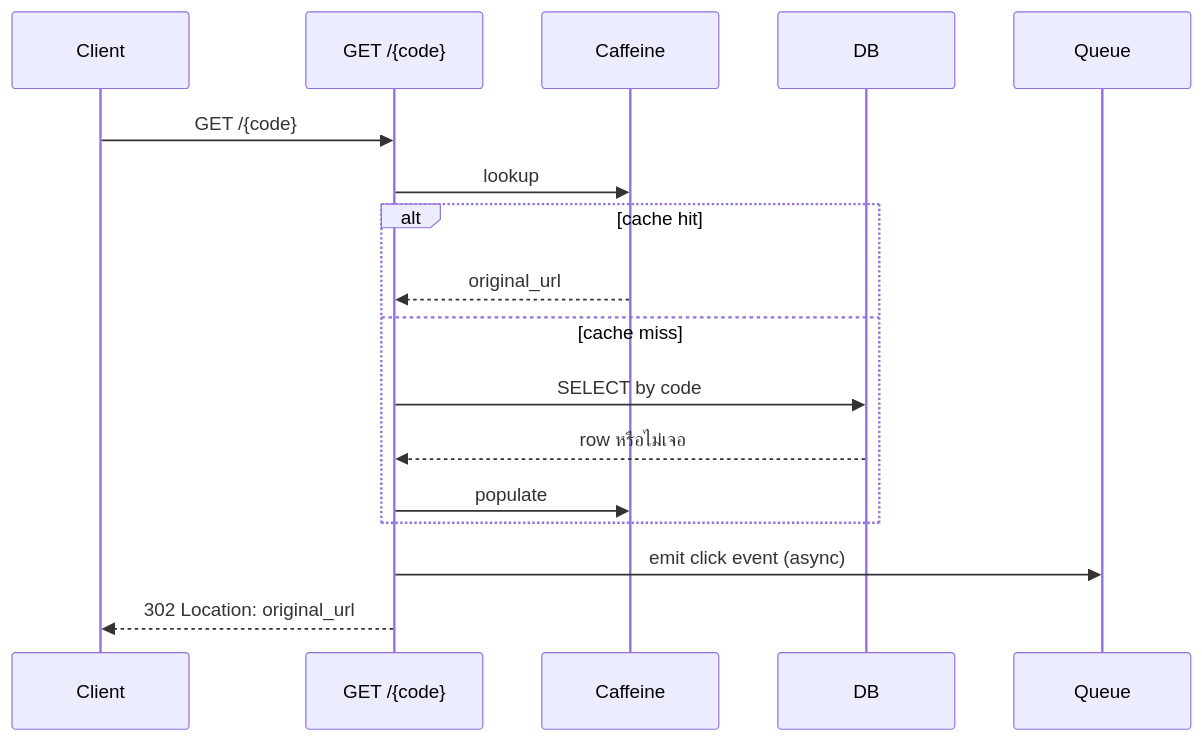
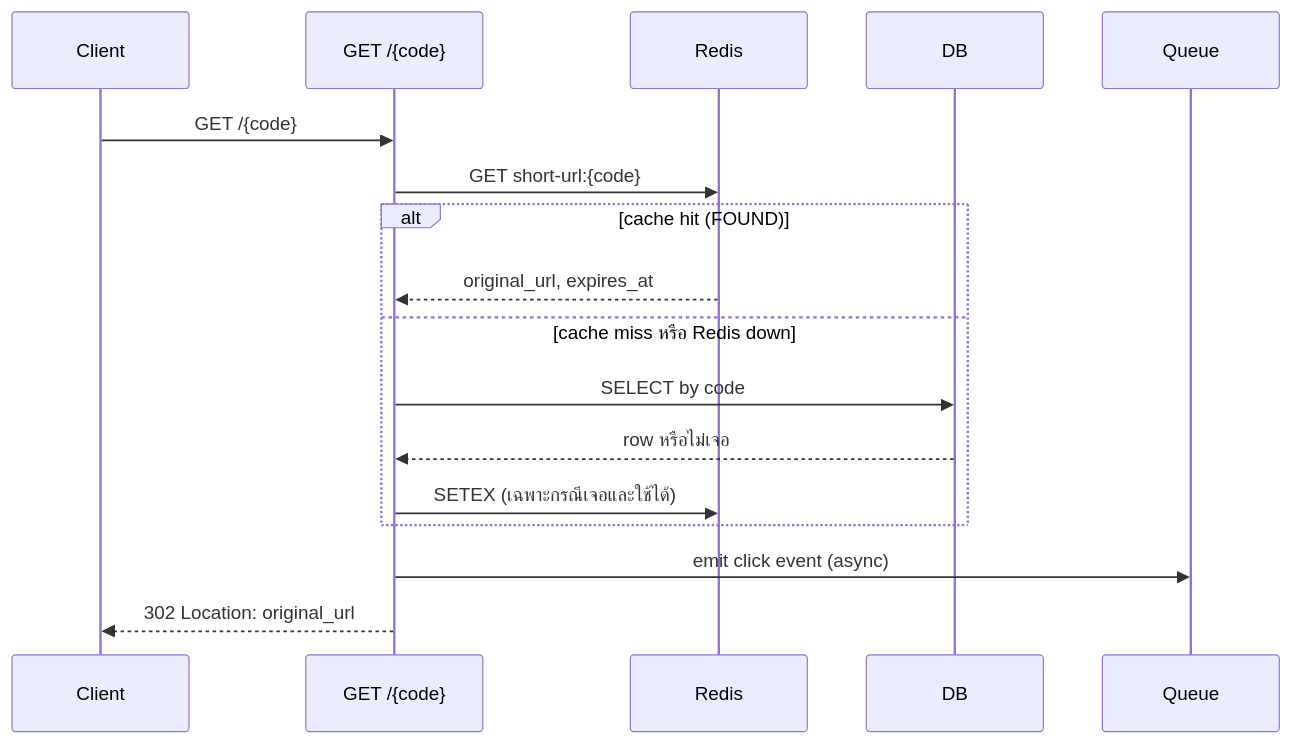
One commit to bordinsak-p/my-knowledge-vault changed the second of 3 diagrams in Greenhouse/Projects/URL Shortener (Quarkus)/API Flow Spec.md. Above: the diagram before and after it, drawn with Mermaid. The commit also changed other lines of this file, not shown here.

First line of the commit message:
docs(greenhouse): align URL Shortener API Flow Spec with the Redis cache decision

````diff
--- a/Greenhouse/Projects/URL Shortener (Quarkus)/API Flow Spec.md
+++ b/Greenhouse/Projects/URL Shortener (Quarkus)/API Flow Spec.md
@@ -210,20 +222,20 @@
 ```mermaid
 sequenceDiagram
     participant C as Client
     participant R as GET /{code}
-    participant Cache as Caffeine
+    participant Cache as Redis
     participant DB as DB
     participant Q as Queue
 
     C->>R: GET /{code}
-    R->>Cache: lookup
-    alt cache hit
-        Cache-->>R: original_url
-    else cache miss
+    R->>Cache: GET short-url:{code}
+    alt cache hit (FOUND)
+        Cache-->>R: original_url, expires_at
+    else cache miss หรือ Redis down
         R->>DB: SELECT by code
         DB-->>R: row หรือไม่เจอ
-        R->>Cache: populate
+        R->>Cache: SETEX (เฉพาะกรณีเจอและใช้ได้)
     end
     R->>Q: emit click event (async)
     R-->>C: 302 Location: original_url
 ```
````
